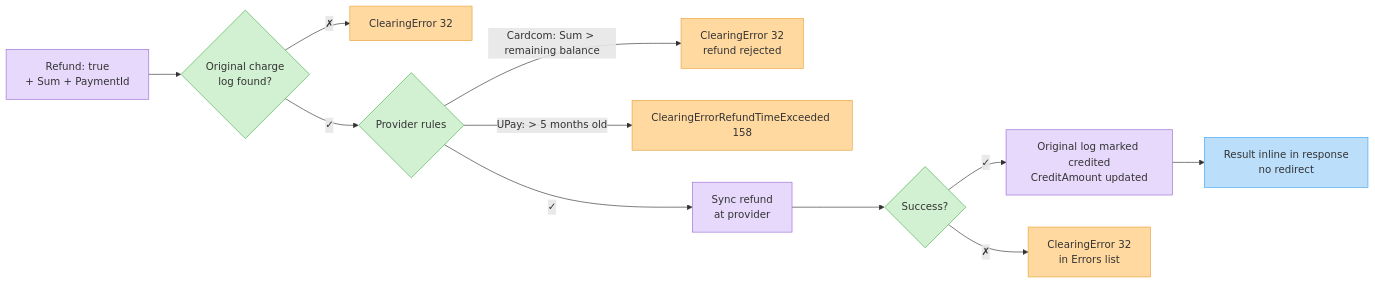
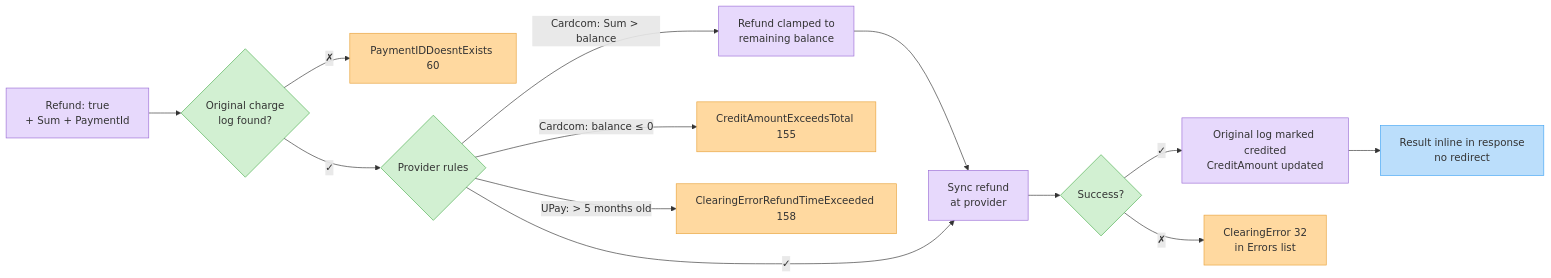
One commit to invoice4udev-hue/i4u-docs changed the second of 2 diagrams in clearing/process-api-request-v2.md. Above: the diagram before and after it, drawn with Mermaid. The commit also changed other lines of this file and 2 other files, not shown here.

Commit message:
docs(clearing): correct auth (API key only), terminal error 96, customer identifier requirement, CreditCardCompanyType enum, Platform field, real refund behavior

````diff
--- a/clearing/process-api-request-v2.md
+++ b/clearing/process-api-request-v2.md
@@ -159,18 +177,20 @@
 ```mermaid
 flowchart LR
     classDef step fill:#E7D9FC,stroke:#9B6DD6,color:#333
     classDef dec fill:#D2F0D2,stroke:#4CAF50,color:#333
     classDef err fill:#FFD9A0,stroke:#E8A33D,color:#333
     classDef cb fill:#BBDEFB,stroke:#42A5F5,color:#333
 
     A[Refund: true<br/>+ Sum + PaymentId]:::step --> B{Original charge<br/>log found?}:::dec
-    B -- ✗ --> E1[ClearingError 32]:::err
+    B -- ✗ --> E1[PaymentIDDoesntExists 60]:::err
     B -- ✓ --> C{Provider rules}:::dec
-    C -- "Cardcom: Sum > remaining balance" --> E2[ClearingError 32<br/>refund rejected]:::err
+    C -- "Cardcom: Sum > balance" --> C2[Refund clamped to<br/>remaining balance]:::step
+    C2 --> D
+    C -- "Cardcom: balance ≤ 0" --> E2[CreditAmountExceedsTotal 155]:::err
     C -- "UPay: > 5 months old" --> E3[ClearingErrorRefundTimeExceeded 158]:::err
     C -- ✓ --> D[Sync refund<br/>at provider]:::step
     D --> F{Success?}:::dec
     F -- ✓ --> G[Original log marked credited<br/>CreditAmount updated]:::step
     G --> H[Result inline in response<br/>no redirect]:::cb
     F -- ✗ --> E4[ClearingError 32<br/>in Errors list]:::err
 ```
````
